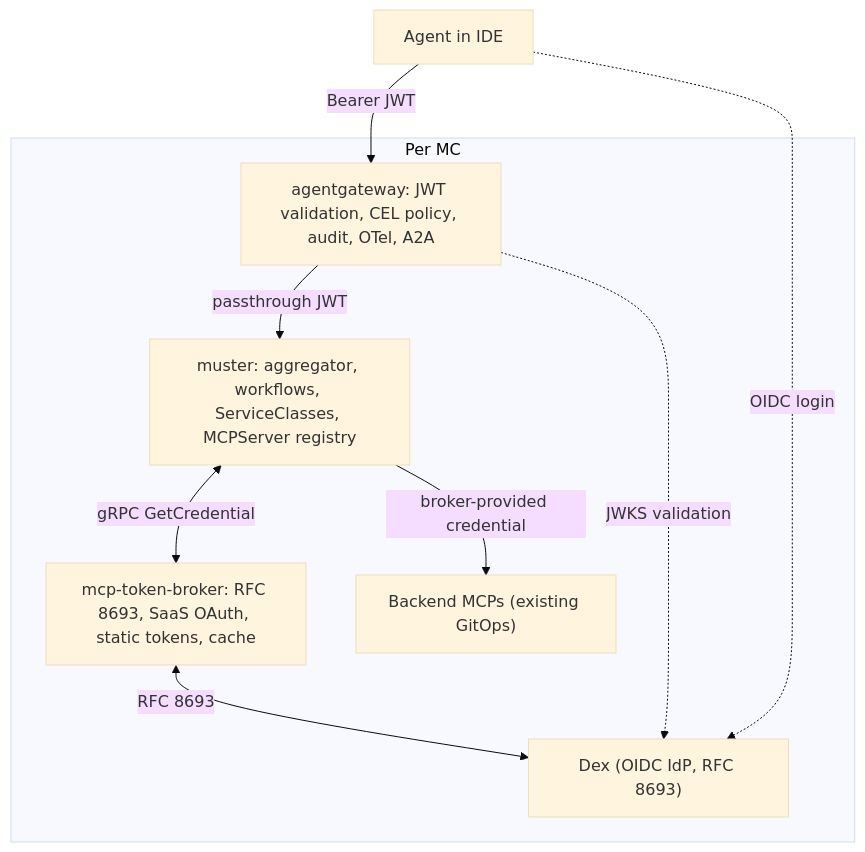
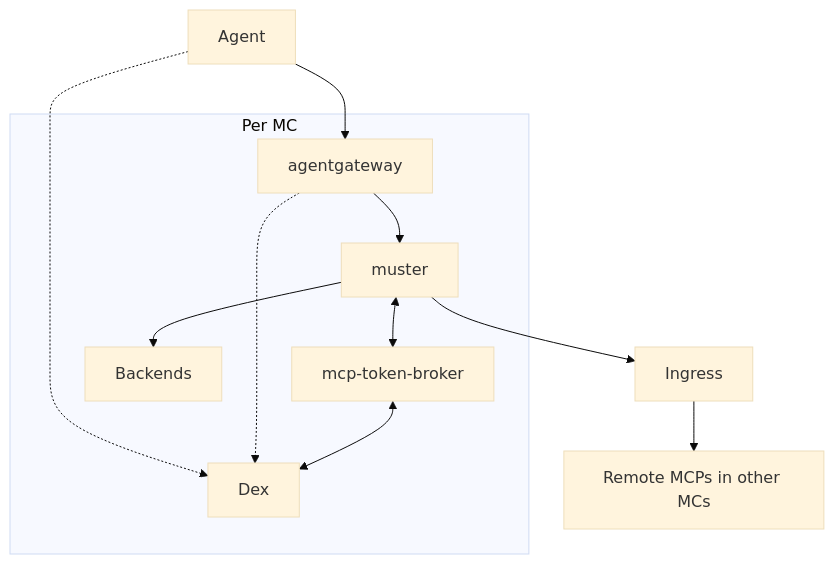
One commit to giantswarm/muster changed the first of 2 diagrams in docs/explanation/decisions/012-agentgateway-introduction.md. Above: the diagram before and after it, drawn with Mermaid (base theme). The commit also changed other lines of this file, not shown here.

Commit message:
ADR-012: simplify diagrams; clarify rate-limit split (gateway vs broker)

````diff
--- a/docs/explanation/decisions/012-agentgateway-introduction.md
+++ b/docs/explanation/decisions/012-agentgateway-introduction.md
@@ -36,20 +36,25 @@
 ```mermaid
 graph TB
-    Agent["Agent in IDE"]
+    Agent
 
     subgraph MC["Per MC"]
-        Dex["Dex (OIDC IdP, RFC 8693)"]
-        GW["agentgateway: JWT validation, CEL policy, audit, OTel, A2A"]
-        M["muster: aggregator, workflows, ServiceClasses, MCPServer registry"]
-        Broker["mcp-token-broker: RFC 8693, SaaS OAuth, static tokens, cache"]
-        Backends["Backend MCPs (existing GitOps)"]
+        Dex
+        agentgateway
+        muster
+        broker[mcp-token-broker]
+        Backends
     end
 
-    Agent -->|Bearer JWT| GW
-    Agent -.->|OIDC login| Dex
-    GW -->|passthrough JWT| M
-    GW -.->|JWKS validation| Dex
-    M <-->|gRPC GetCredential| Broker
-    Broker <-->|RFC 8693| Dex
-    M -->|broker-provided credential| Backends
+    Ingress
+    RemoteMCPs[Remote MCPs in other MCs]
+
+    Agent --> agentgateway
+    Agent -.-> Dex
+    agentgateway --> muster
+    agentgateway -.-> Dex
+    muster <--> broker
+    broker <--> Dex
+    muster --> Backends
+    muster --> Ingress
+    Ingress --> RemoteMCPs
 ```
````
